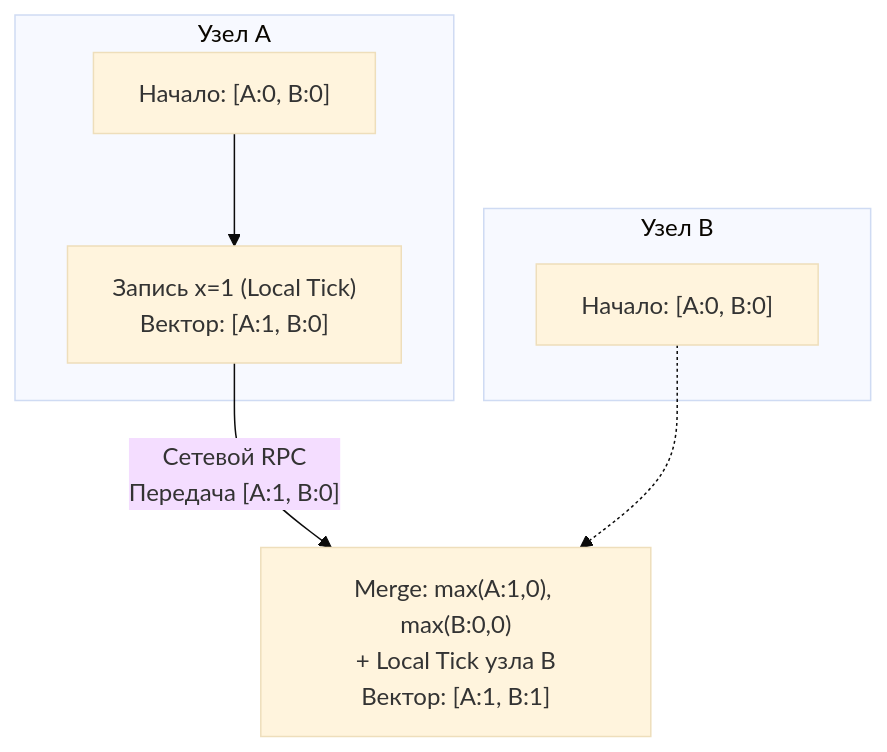
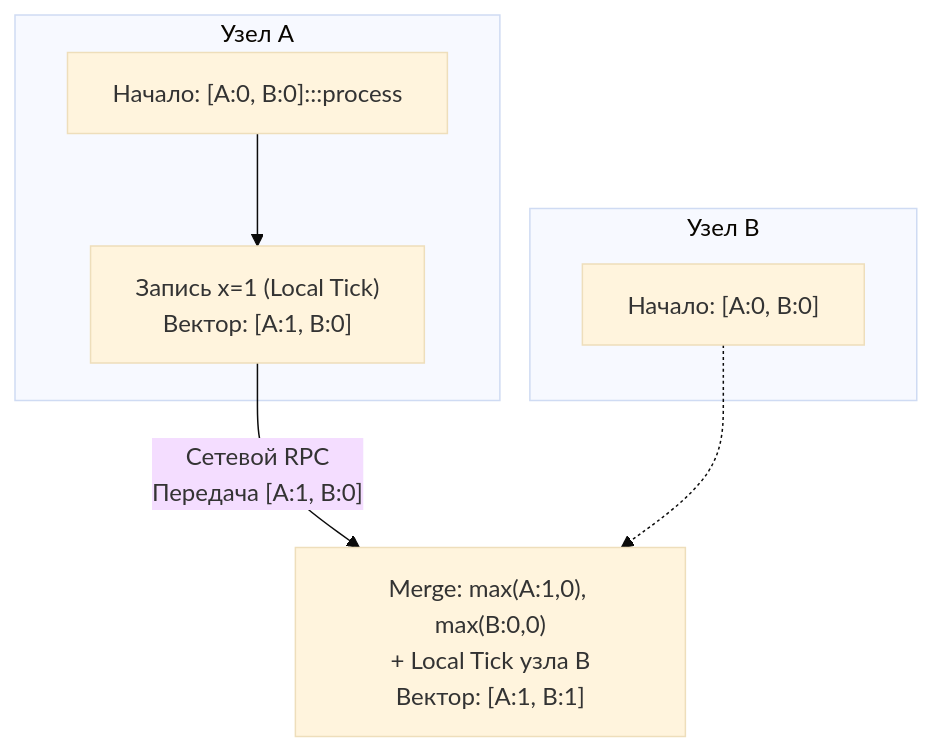
One commit to UnrealTemplier/go-textbook changed the diagram in sources/14. Распределенные системы на Go/03. Данные и согласованность/5. Vector clocks.md. Above: the diagram before and after it, drawn with Mermaid (base theme). The commit also changed 1666 other files, not shown here.

First line of the commit message:
feat(mermaid): add semantic color classDef to 1369 colorless flowchart/graph diagrams

````diff
--- a/sources/14. Распределенные системы на Go/03. Данные и согласованность/5. Vector clocks.md
+++ b/sources/14. Распределенные системы на Go/03. Данные и согласованность/5. Vector clocks.md
@@ -57,13 +57,23 @@
 ```mermaid
 flowchart TD
+    classDef process  fill:#1e293b,stroke:#38bdf8,stroke-width:1px,color:#f8fafc
+    classDef success  fill:#064e3b,stroke:#34d399,stroke-width:1px,color:#f8fafc
+    classDef error    fill:#7f1d1d,stroke:#f87171,stroke-width:1px,color:#f8fafc
+    classDef warning  fill:#78350f,stroke:#fbbf24,stroke-width:1px,color:#f8fafc
+    classDef entry    fill:#1e3a5f,stroke:#38bdf8,stroke-width:2px,color:#f8fafc
+    classDef aux      fill:#334155,stroke:#64748b,stroke-width:1px,color:#f8fafc
+    classDef system   fill:#312e81,stroke:#a78bfa,stroke-width:1px,color:#f8fafc
+    classDef data     fill:#132d29,stroke:#2dd4bf,stroke-width:1px,color:#f8fafc
+    classDef network  fill:#881337,stroke:#fb7185,stroke-width:1px,color:#f8fafc
+    classDef accent   fill:#1e1b4b,stroke:#818cf8,stroke-width:1px,color:#f8fafc
     subgraph NodeA ["Узел A"]
-        A1["Начало: [A:0, B:0]"] --> A2["Запись x=1 (Local Tick)<br/>Вектор: [A:1, B:0]"]
+        A1["Начало: [A:0, B:0]:::process"] --> A2["Запись x=1 (Local Tick)<br/>Вектор: [A:1, B:0]"]
     end
     
     subgraph NodeB ["Узел B"]
         B1["Начало: [A:0, B:0]"]
     end
     
     A2 -->|"Сетевой RPC<br/>Передача [A:1, B:0]"| B2["Merge: max(A:1,0), max(B:0,0)<br/>+ Local Tick узла B<br/>Вектор: [A:1, B:1]"]
     B1 -.-> B2
 ```
````
